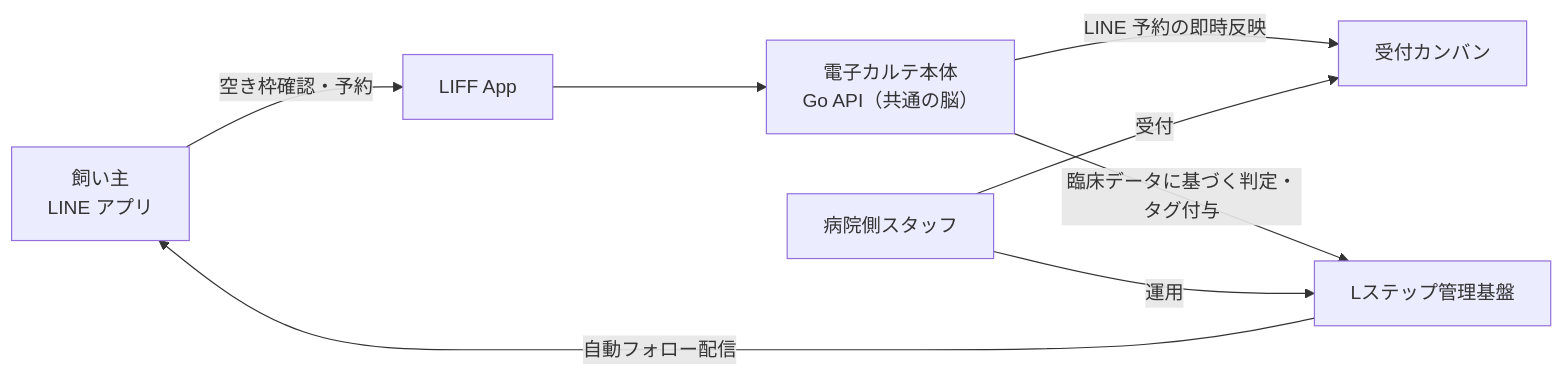
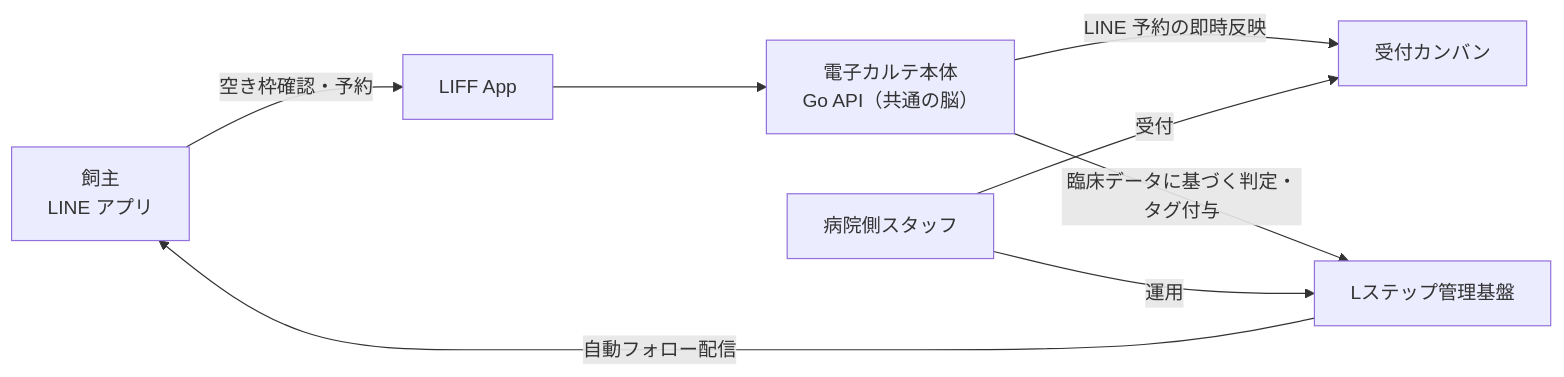
Before and after one commit to MinoruSoga/AnimalEkarte: the diagram in docs/spec/line/README.md, drawn with Mermaid. The commit also changed other lines of this file and 276 other files, not shown here.

````diff
--- a/docs/spec/line/README.md
+++ b/docs/spec/line/README.md
@@ -39,17 +39,17 @@
 ```mermaid
 flowchart LR
-    Owner["飼い主<br/>LINE アプリ"]
+    Owner["飼主<br/>LINE アプリ"]
     LIFF["LIFF App"]
     API["電子カルテ本体<br/>Go API（共通の脳）"]
     Kanban["受付カンバン"]
     LSTEP["Lステップ管理基盤"]
     Staff["病院側スタッフ"]
 
     Owner -->|空き枠確認・予約| LIFF
     LIFF --> API
     API -->|LINE 予約の即時反映| Kanban
     API -->|臨床データに基づく判定・タグ付与| LSTEP
     Staff -->|運用| LSTEP
     Staff -->|受付| Kanban
     LSTEP -->|自動フォロー配信| Owner
 ```
````
